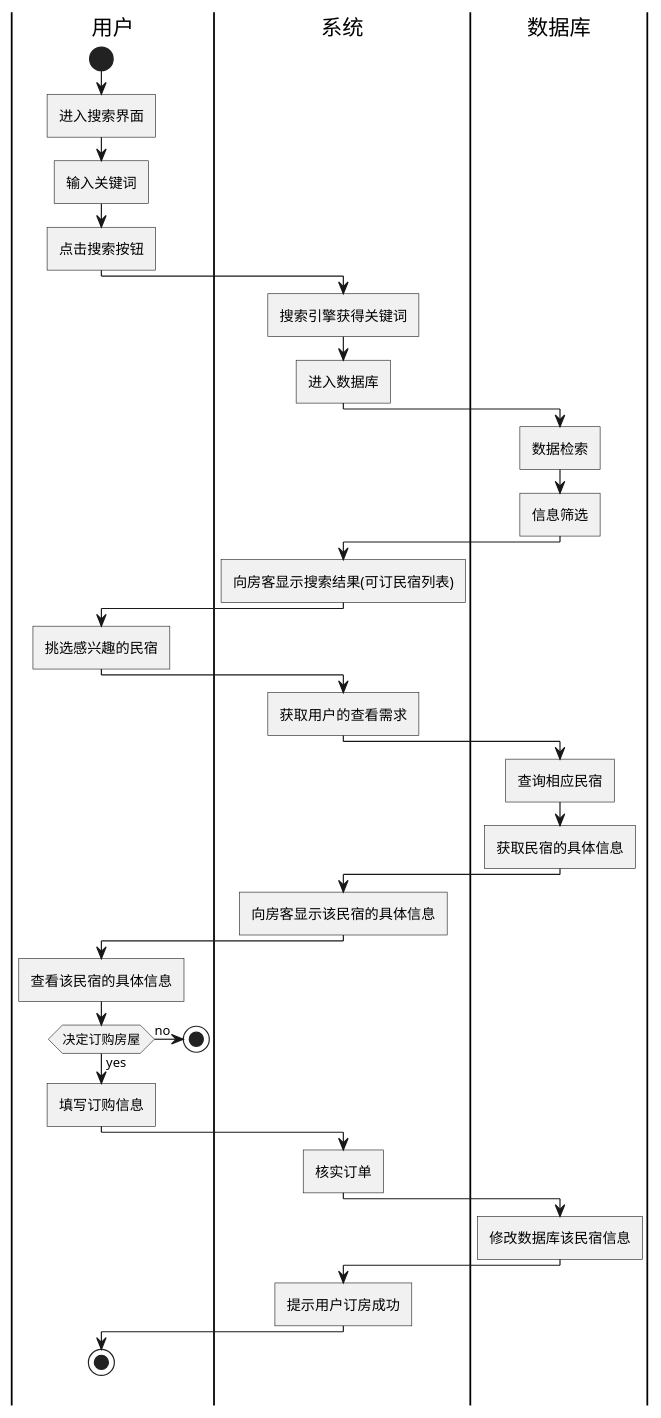
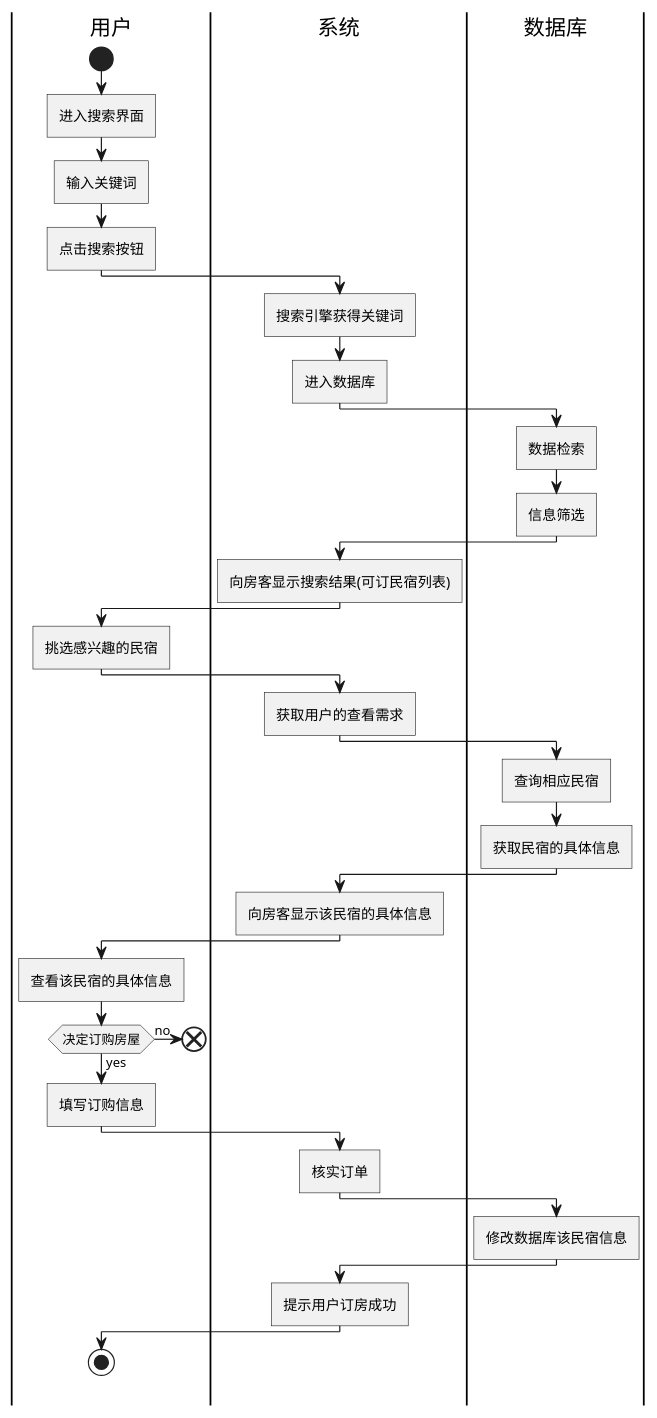
The diagram in 活动图/房客订房活动图.plantuml (clysto/software-engineering), drawn with PlantUML before and after one commit. The commit also changed 27 other files, not shown here.

```diff
--- a/活动图/房客订房活动图.plantuml
+++ b/活动图/房客订房活动图.plantuml
@@ -1,43 +1,44 @@
 @startuml 房客订房活动图
 
 skinparam shadowing false
 
 |用户|
 start
 :进入搜索界面]
 :输入关键词]
 :点击搜索按钮]
 |系统|
 :搜索引擎获得关键词]
 :进入数据库]
 |数据库|
 :数据检索]
 :信息筛选]
 |系统|
 :向房客显示搜索结果(可订民宿列表)]
 |用户|
 :挑选感兴趣的民宿]
 |系统|
 :获取用户的查看需求]
 |数据库|
 :查询相应民宿]
 :获取民宿的具体信息]
 |系统|
 :向房客显示该民宿的具体信息]
 |用户|
 :查看该民宿的具体信息]
 if(决定订购房屋)then(yes)
-|用户|
-:填写订购信息]
-|系统|
-:核实订单]
-|数据库|
-:修改数据库该民宿信息]
-|系统|
-:提示用户订房成功]
-|用户|
-stop
+    |用户|
+    :填写订购信息]
+    |系统|
+    :核实订单]
+    |数据库|
+    :修改数据库该民宿信息]
+    |系统|
+    :提示用户订房成功]
+    |用户|
+    stop
 else(no)
-|用户|
-stop
+    |用户|
+    end
+endif
 @enduml
```
